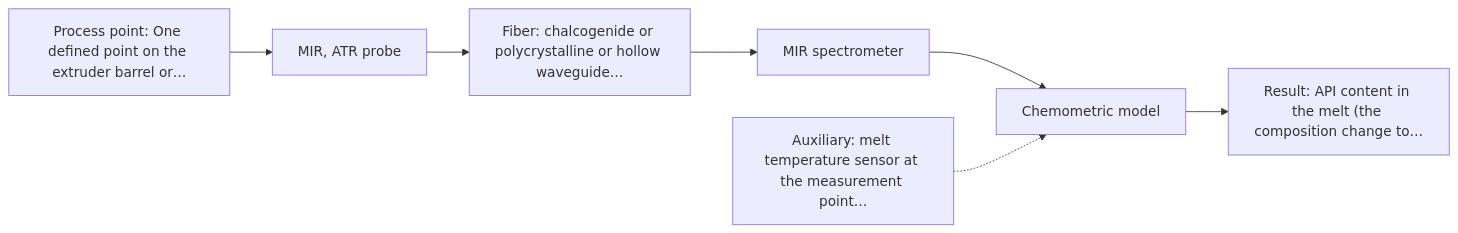
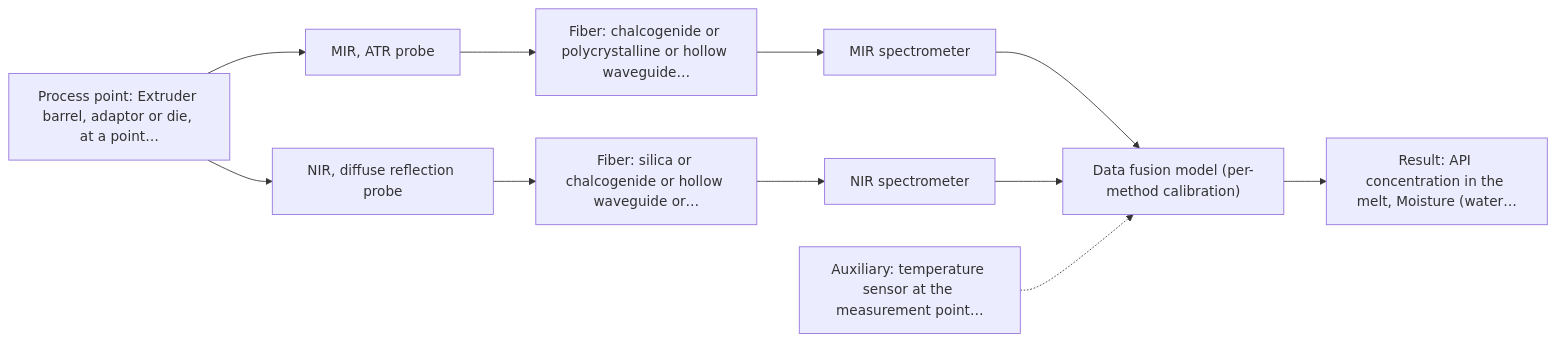
The first of 2 diagrams in outputs/dev/D07.md (sleipnir029/Afs-Spectroscopy-Assistant), drawn with Mermaid before and after one commit. The commit also changed other lines of this file and 18 other files, not shown here.

````diff
--- a/outputs/dev/D07.md
+++ b/outputs/dev/D07.md
@@ -49,16 +36,23 @@
 ```mermaid
 flowchart LR
-    proc["Process point: One defined point on the extruder barrel or…"]
+    proc["Process point: Extruder barrel, adaptor or die, at a point…"]
     probe1["MIR, ATR probe"]
     fiber1["Fiber: chalcogenide or polycrystalline or hollow waveguide…"]
     spec1["MIR spectrometer"]
-    model["Chemometric model"]
-    result["Result: API content in the melt (the composition change to…"]
-    aux1["Auxiliary: melt temperature sensor at the measurement point…"]
+    probe2["NIR, diffuse reflection probe"]
+    fiber2["Fiber: silica or chalcogenide or hollow waveguide or…"]
+    spec2["NIR spectrometer"]
+    model["Data fusion model (per-method calibration)"]
+    result["Result: API concentration in the melt, Moisture (water…"]
+    aux1["Auxiliary: temperature sensor at the measurement point…"]
     proc --> probe1
     probe1 --> fiber1
     fiber1 --> spec1
     spec1 --> model
+    proc --> probe2
+    probe2 --> fiber2
+    fiber2 --> spec2
+    spec2 --> model
     model --> result
     aux1 -.-> model
 ```
````
